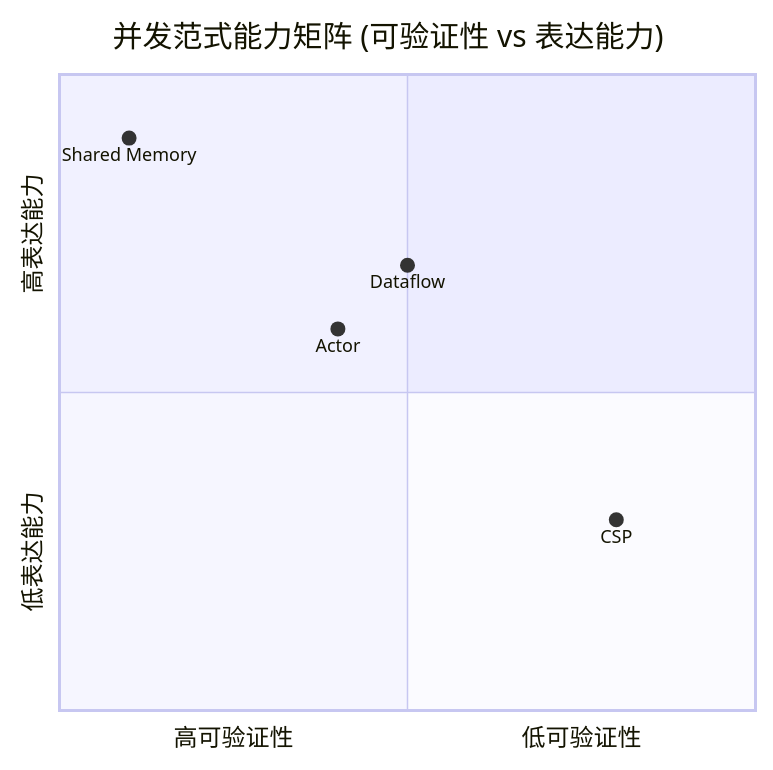
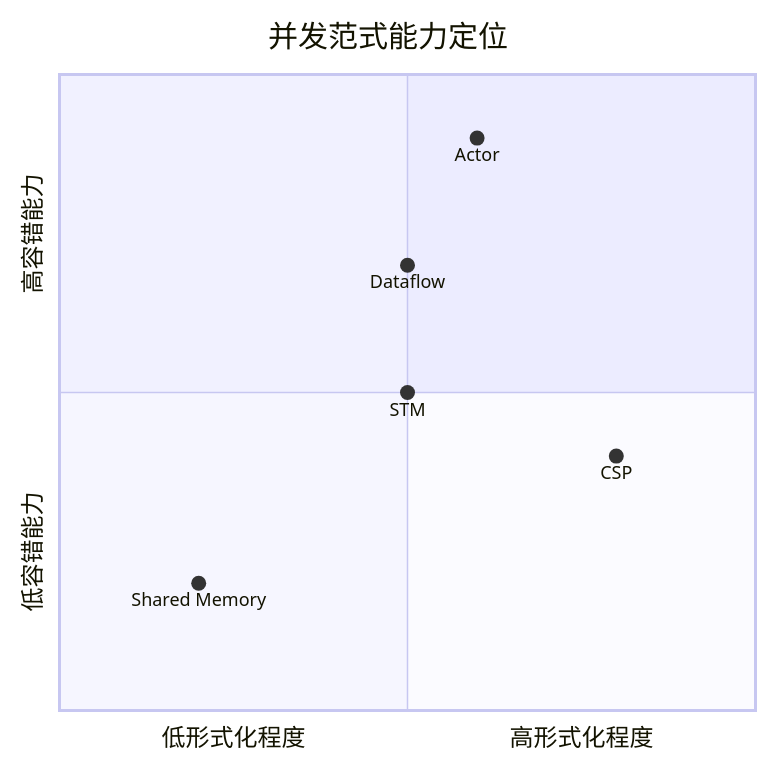
One commit to AdaMartin18010/AnalysisDataFlow changed the sixth of 7 diagrams in Knowledge/04-technology-selection/paradigm-selection-guide.md. Above: the diagram before and after it, drawn with Mermaid. The commit also changed other lines of this file and 11 other files, not shown here.

````diff
--- a/Knowledge/04-technology-selection/paradigm-selection-guide.md
+++ b/Knowledge/04-technology-selection/paradigm-selection-guide.md
@@ -525,11 +751,12 @@
 ```mermaid
 quadrantChart
-    title 并发范式能力矩阵 (可验证性 vs 表达能力)
-    x-axis 高可验证性 --> 低可验证性
-    y-axis 低表达能力 --> 高表达能力
+    title 并发范式能力定位
+    x-axis 低形式化程度 --> 高形式化程度
+    y-axis 低容错能力 --> 高容错能力
 
-    "CSP": [0.8, 0.3]
-    "Actor": [0.4, 0.6]
+    "CSP": [0.8, 0.4]
+    "Actor": [0.6, 0.9]
     "Dataflow": [0.5, 0.7]
-    "Shared Memory": [0.1, 0.9]
+    "Shared Memory": [0.2, 0.2]
+    "STM": [0.5, 0.5]
 ```
````
